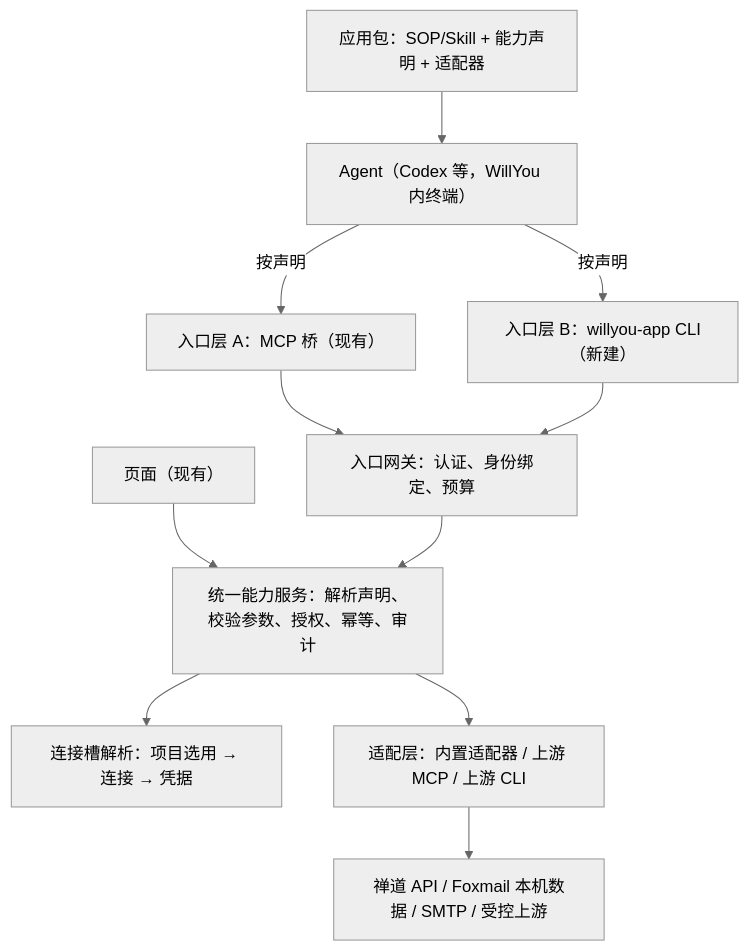
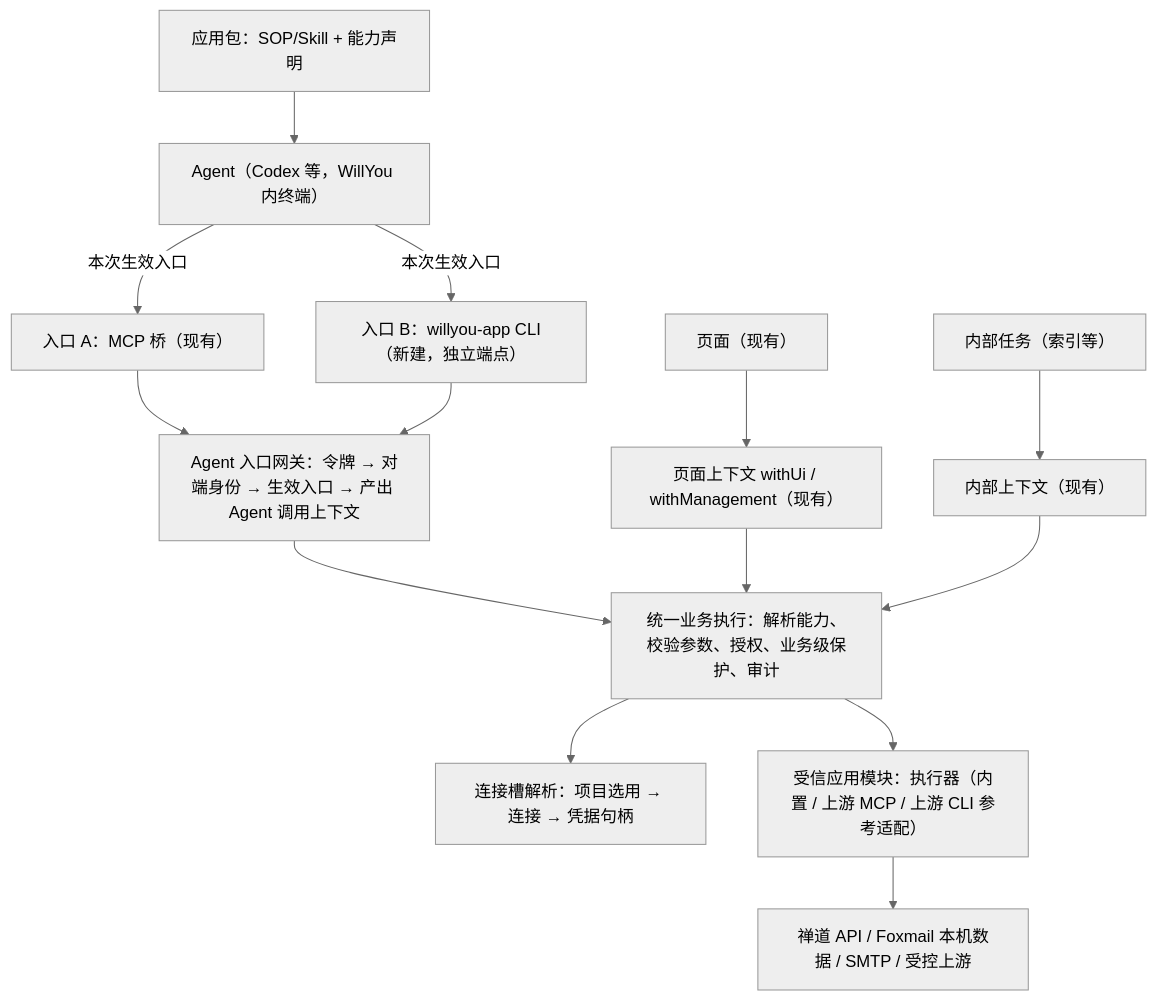
The first of 2 diagrams in docs/里程碑/M11_应用接入标准化/技研/架构设计.md (uprxiao/SmartDD), drawn with Mermaid (neutral theme) before and after one commit. The commit also changed other lines of this file and 11 other files, not shown here.

````diff
--- a/docs/里程碑/M11_应用接入标准化/技研/架构设计.md
+++ b/docs/里程碑/M11_应用接入标准化/技研/架构设计.md
@@ -24,13 +25,16 @@
 ```mermaid
 flowchart TD
-  SOP["应用包：SOP/Skill + 能力声明 + 适配器"] --> AG["Agent（Codex 等，WillYou 内终端）"]
-  AG -->|按声明| MCP["入口层 A：MCP 桥（现有）"]
-  AG -->|按声明| CLI["入口层 B：willyou-app CLI（新建）"]
-  UI["页面（现有）"] --> SVC
-  MCP --> GW["入口网关：认证、身份绑定、预算"]
+  SOP["应用包：SOP/Skill + 能力声明"] --> AG["Agent（Codex 等，WillYou 内终端）"]
+  AG -->|本次生效入口| MCP["入口 A：MCP 桥（现有）"]
+  AG -->|本次生效入口| CLI["入口 B：willyou-app CLI（新建，独立端点）"]
+  MCP --> GW["Agent 入口网关：令牌 → 对端身份 → 生效入口 → 产出 Agent 调用上下文"]
   CLI --> GW
-  GW --> SVC["统一能力服务：解析声明、校验参数、授权、幂等、审计"]
-  SVC --> RES["连接槽解析：项目选用 → 连接 → 凭据"]
-  SVC --> AD["适配层：内置适配器 / 上游 MCP / 上游 CLI"]
-  AD --> EXT["禅道 API / Foxmail 本机数据 / SMTP / 受控上游"]
+  UI["页面（现有）"] --> UIC["页面上下文 withUi / withManagement（现有）"]
+  JOB["内部任务（索引等）"] --> JC["内部上下文（现有）"]
+  GW --> SVC["统一业务执行：解析能力、校验参数、授权、业务级保护、审计"]
+  UIC --> SVC
+  JC --> SVC
+  SVC --> RES["连接槽解析：项目选用 → 连接 → 凭据句柄"]
+  SVC --> MOD["受信应用模块：执行器（内置 / 上游 MCP / 上游 CLI 参考适配）"]
+  MOD --> EXT["禅道 API / Foxmail 本机数据 / SMTP / 受控上游"]
 ```
````
